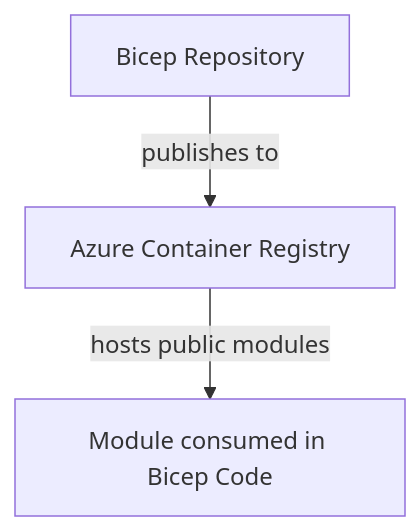
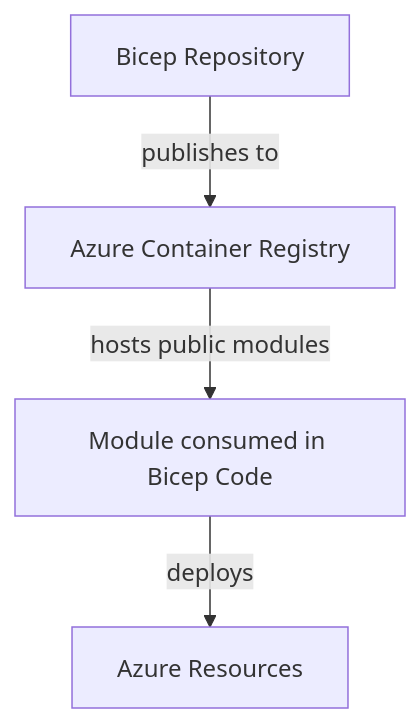
One commit to icornett/bicep-accelerator changed the diagram in README.md. Above: the diagram before and after it, drawn with Mermaid.

Commit message:
Update Docs to show deployment

````diff
--- a/README.md
+++ b/README.md
@@ -9,6 +9,7 @@
 ```mermaid
 flowchart TD
     A[Bicep Repository]-->|publishes to|B
     B[Azure Container Registry]-->|hosts public modules|C
-    C[Module consumed in Bicep Code]
+    C[Module consumed in Bicep Code]-->|deploys|D
+    D[Azure Resources]
 ```
````
